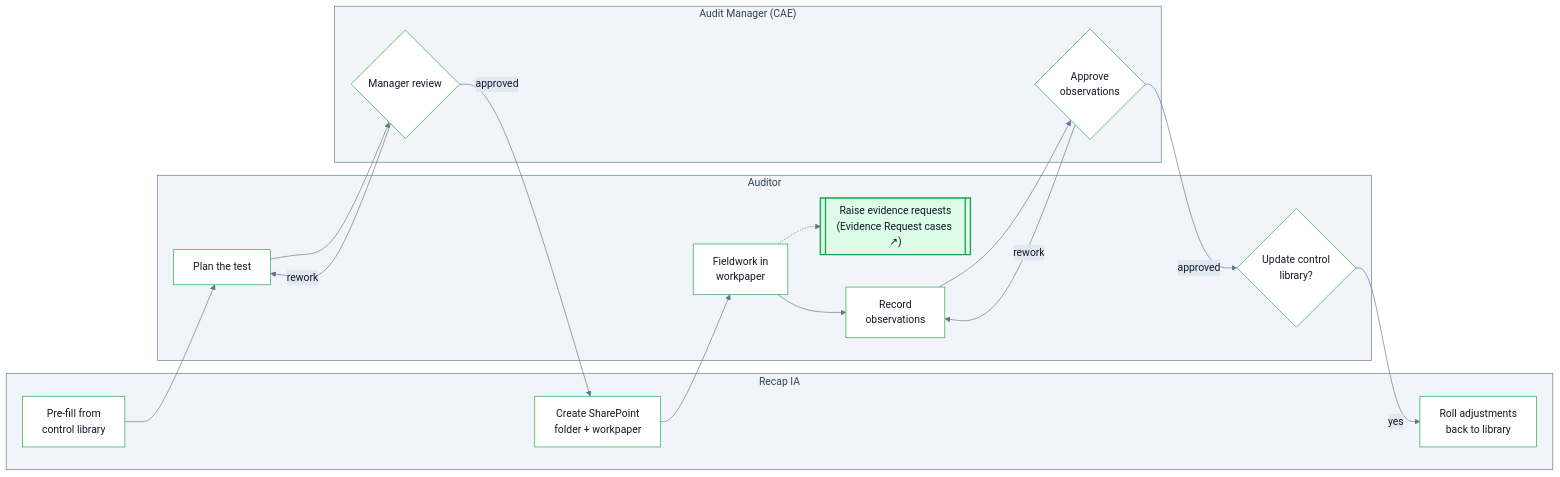
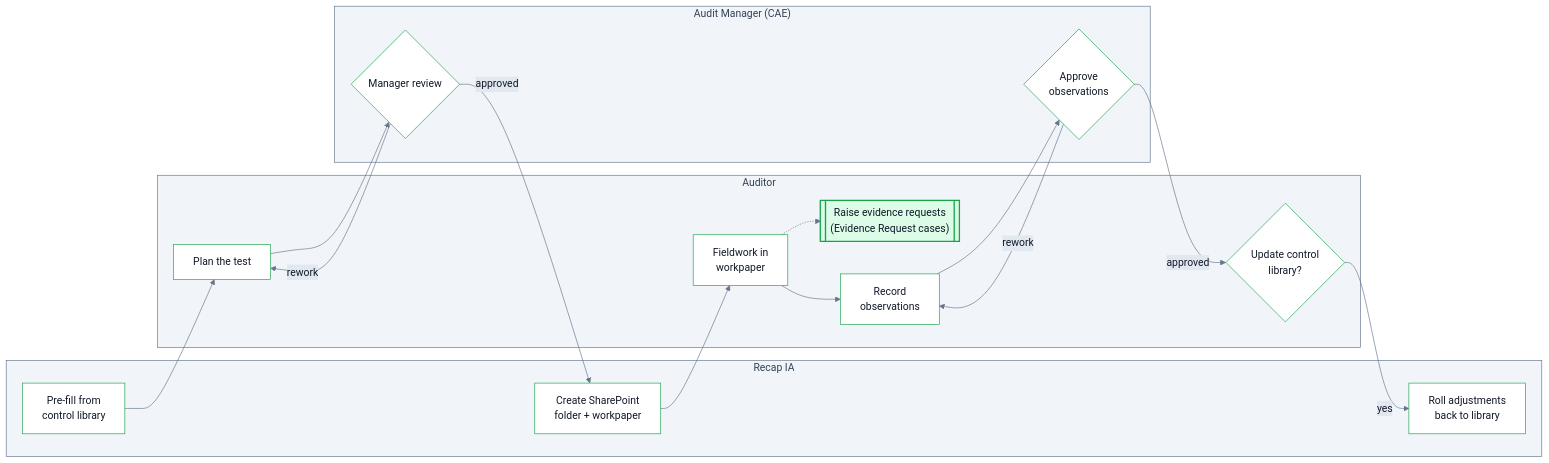
The diagram in tests.mdx (ArjunMash/docs), drawn with Mermaid before and after one commit. The commit also changed other lines of this file and 5 other files, not shown here.

````diff
--- a/tests.mdx
+++ b/tests.mdx
@@ -18,29 +18,29 @@
 ```mermaid
 %%{init: {"theme":"base","themeVariables":{"primaryColor":"#ffffff","primaryBorderColor":"#16a34a","primaryTextColor":"#111827","lineColor":"#64748b","clusterBkg":"#f1f5f9","clusterBorder":"#64748b","titleColor":"#334155","edgeLabelBackground":"#e2e8f0","fontFamily":"ui-sans-serif, system-ui, sans-serif"},"flowchart":{"curve":"basis"}}}%%
 flowchart LR
   subgraph SYS["Recap IA"]
     PF["Pre-fill from<br/>control library"]
     SP["Create SharePoint<br/>folder + workpaper"]
     RB["Roll adjustments<br/>back to library"]
   end
   subgraph AUD["Auditor"]
     PT["Plan the test"]
     FW["Fieldwork in<br/>workpaper"]
-    ER[["Raise evidence requests<br/>(Evidence Request cases ↗)"]]
+    ER[["Raise evidence requests<br/>(Evidence Request cases)"]]
     RO["Record<br/>observations"]
     UC{"Update control<br/>library?"}
   end
   subgraph MGR["Audit Manager (CAE)"]
     MR{"Manager review"}
     OA{"Approve<br/>observations"}
   end
   PF --> PT --> MR
   MR -- "rework" --> PT
   MR -- "approved" --> SP --> FW --> RO --> OA
   FW -.-> ER
   OA -- "rework" --> RO
   OA -- "approved" --> UC
   UC -- "yes" --> RB
   classDef case fill:#dcfce7,stroke:#16a34a,stroke-width:2px;
   class ER case
 ```
````
